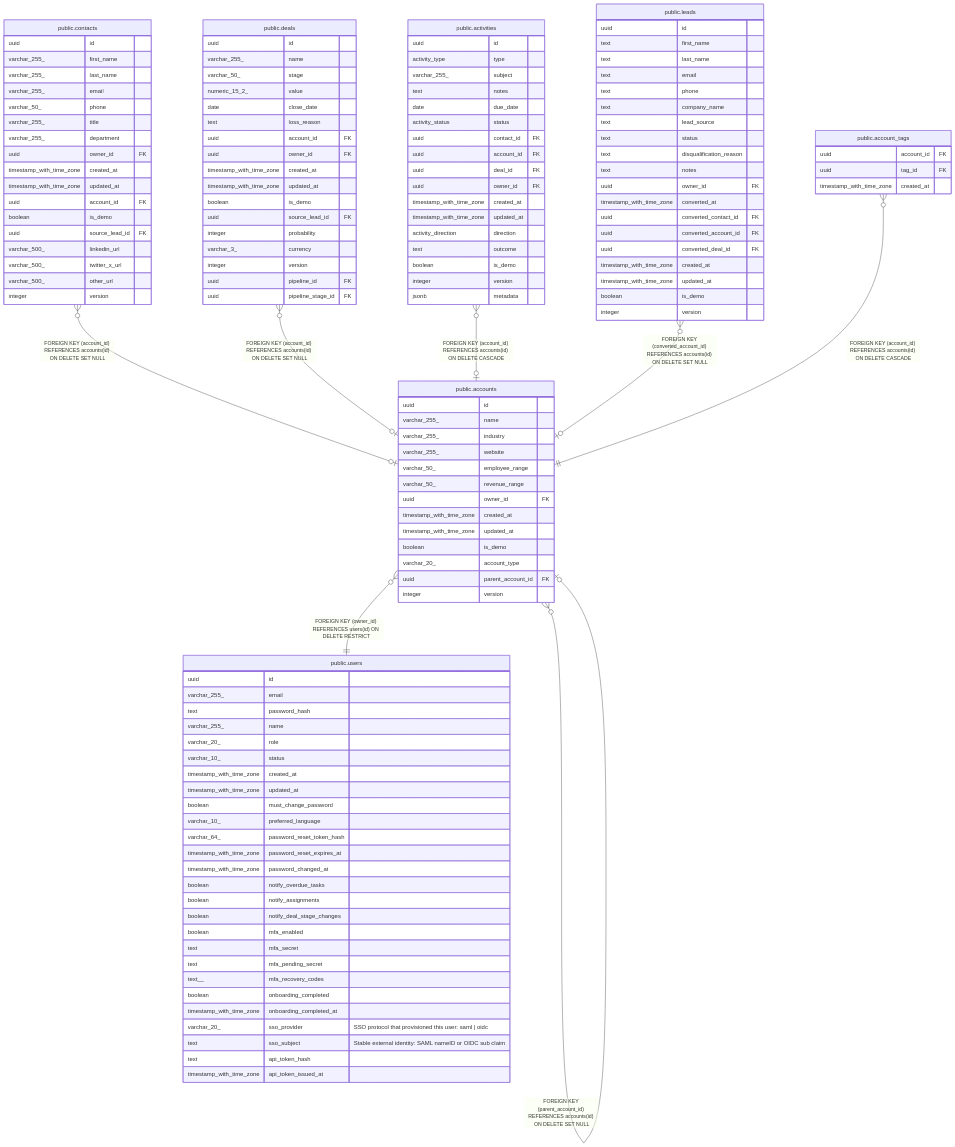
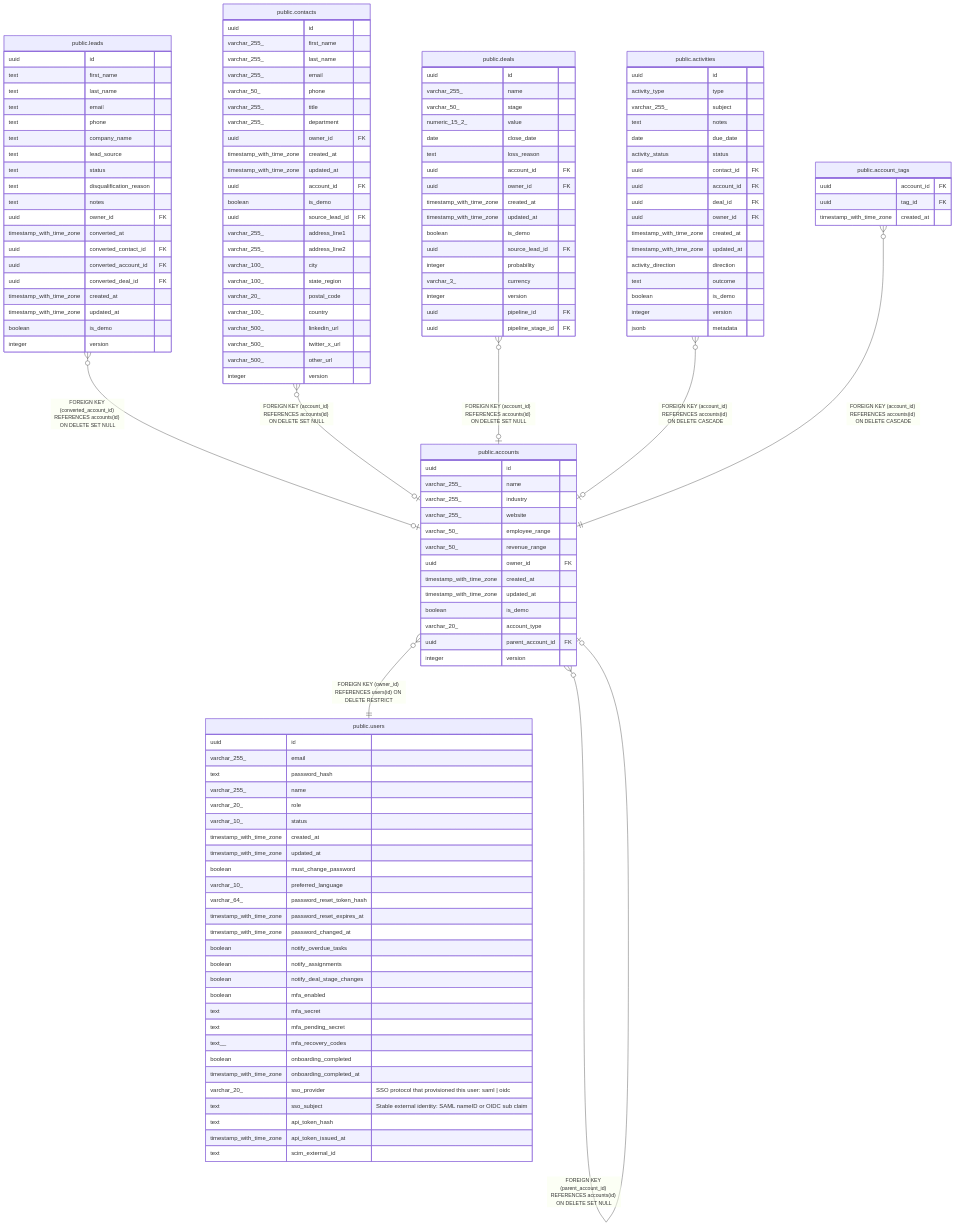
Before and after one commit to rkseattle/minicrm: the diagram in docs/schema/public.accounts.md, drawn with Mermaid. The commit also changed other lines of this file and 72 other files, not shown here.

````diff
--- a/docs/schema/public.accounts.md
+++ b/docs/schema/public.accounts.md
@@ -47,11 +47,11 @@
 ```mermaid
 erDiagram
 
+"public.leads" }o--o| "public.accounts" : "FOREIGN KEY (converted_account_id) REFERENCES accounts(id) ON DELETE SET NULL"
+"public.accounts" }o--o| "public.accounts" : "FOREIGN KEY (parent_account_id) REFERENCES accounts(id) ON DELETE SET NULL"
 "public.contacts" }o--o| "public.accounts" : "FOREIGN KEY (account_id) REFERENCES accounts(id) ON DELETE SET NULL"
-"public.accounts" }o--o| "public.accounts" : "FOREIGN KEY (parent_account_id) REFERENCES accounts(id) ON DELETE SET NULL"
 "public.deals" }o--o| "public.accounts" : "FOREIGN KEY (account_id) REFERENCES accounts(id) ON DELETE SET NULL"
 "public.activities" }o--o| "public.accounts" : "FOREIGN KEY (account_id) REFERENCES accounts(id) ON DELETE CASCADE"
-"public.leads" }o--o| "public.accounts" : "FOREIGN KEY (converted_account_id) REFERENCES accounts(id) ON DELETE SET NULL"
 "public.account_tags" }o--|| "public.accounts" : "FOREIGN KEY (account_id) REFERENCES accounts(id) ON DELETE CASCADE"
 "public.accounts" }o--|| "public.users" : "FOREIGN KEY (owner_id) REFERENCES users(id) ON DELETE RESTRICT"
 
@@ -70,6 +70,27 @@
   uuid parent_account_id FK ""
   integer version ""
 }
+"public.leads" {
+  uuid id ""
+  text first_name ""
+  text last_name ""
+  text email ""
+  text phone ""
+  text company_name ""
+  text lead_source ""
+  text status ""
+  text disqualification_reason ""
+  text notes ""
+  uuid owner_id FK ""
+  timestamp_with_time_zone converted_at ""
+  uuid converted_contact_id FK ""
+  uuid converted_account_id FK ""
+  uuid converted_deal_id FK ""
+  timestamp_with_time_zone created_at ""
+  timestamp_with_time_zone updated_at ""
+  boolean is_demo ""
+  integer version ""
+}
 "public.contacts" {
   uuid id ""
   varchar_255_ first_name ""
@@ -84,6 +105,12 @@
   uuid account_id FK ""
   boolean is_demo ""
   uuid source_lead_id FK ""
+  varchar_255_ address_line1 ""
+  varchar_255_ address_line2 ""
+  varchar_100_ city ""
+  varchar_100_ state_region ""
+  varchar_20_ postal_code ""
+  varchar_100_ country ""
   varchar_500_ linkedin_url ""
   varchar_500_ twitter_x_url ""
   varchar_500_ other_url ""
@@ -127,27 +154,6 @@
   integer version ""
   jsonb metadata ""
 }
-"public.leads" {
-  uuid id ""
-  text first_name ""
-  text last_name ""
-  text email ""
-  text phone ""
-  text company_name ""
-  text lead_source ""
-  text status ""
-  text disqualification_reason ""
-  text notes ""
-  uuid owner_id FK ""
-  timestamp_with_time_zone converted_at ""
-  uuid converted_contact_id FK ""
-  uuid converted_account_id FK ""
-  uuid converted_deal_id FK ""
-  timestamp_with_time_zone created_at ""
-  timestamp_with_time_zone updated_at ""
-  boolean is_demo ""
-  integer version ""
-}
 "public.account_tags" {
   uuid account_id FK ""
   uuid tag_id FK ""
@@ -180,5 +186,6 @@
   text sso_subject "Stable external identity: SAML nameID or OIDC sub claim"
   text api_token_hash ""
   timestamp_with_time_zone api_token_issued_at ""
+  text scim_external_id ""
 }
 ```
````
